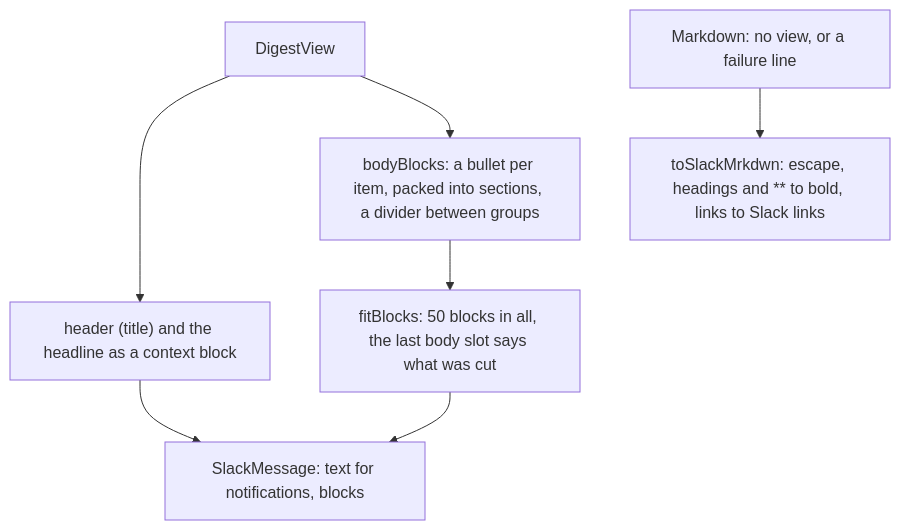
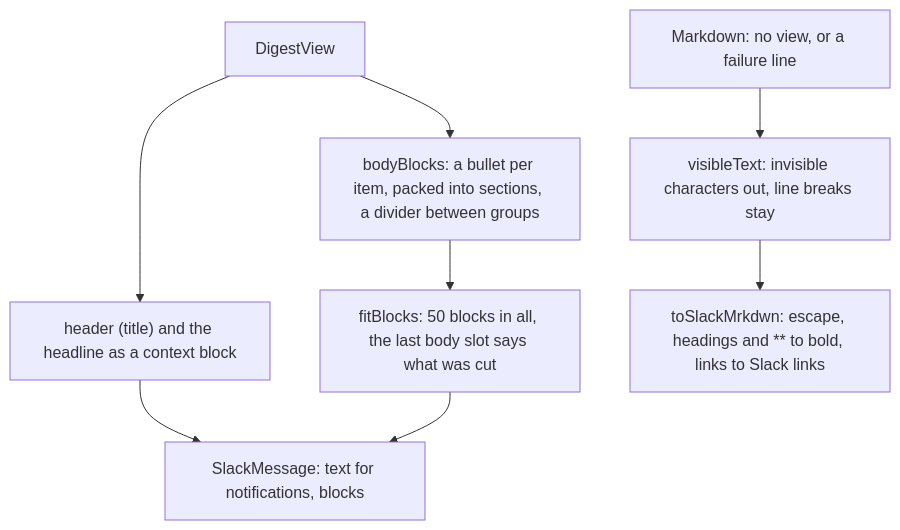
One commit to odere-pro/weekly-engineering-digest-agent changed the diagram in src/delivery/adapters/slackBlocks/CLAUDE.md. Above: the diagram before and after it, drawn with Mermaid. The commit also changed other lines of this file and 10 other files, not shown here.

First line of the commit message:
fix(delivery): drop invisible characters from the Slack mrkdwn fallback

````diff
--- a/src/delivery/adapters/slackBlocks/CLAUDE.md
+++ b/src/delivery/adapters/slackBlocks/CLAUDE.md
@@ -9,9 +9,10 @@
 ```mermaid
 flowchart TD
   view["DigestView"] --> head["header (title) and the headline as a context block"]
   view --> body["bodyBlocks: a bullet per item, packed into sections, a divider between groups"]
   body --> fit["fitBlocks: 50 blocks in all, the last body slot says what was cut"]
   head --> out["SlackMessage: text for notifications, blocks"]
   fit --> out
-  md["Markdown: no view, or a failure line"] --> mrkdwn["toSlackMrkdwn: escape, headings and ** to bold, links to Slack links"]
+  md["Markdown: no view, or a failure line"] --> strip["visibleText: invisible characters out, line breaks stay"]
+  strip --> mrkdwn["toSlackMrkdwn: escape, headings and ** to bold, links to Slack links"]
 ```
````
